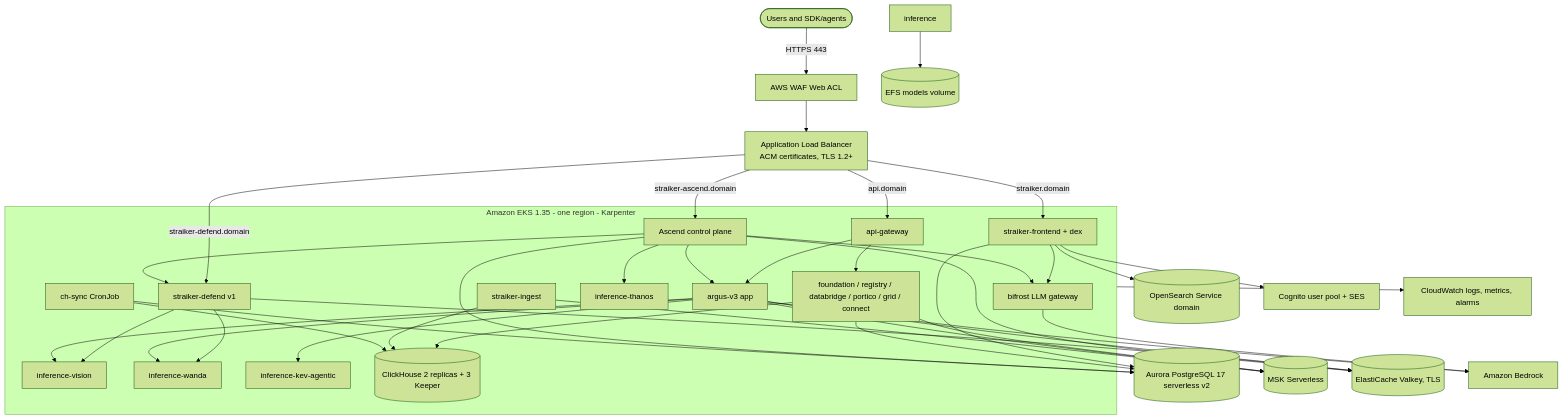
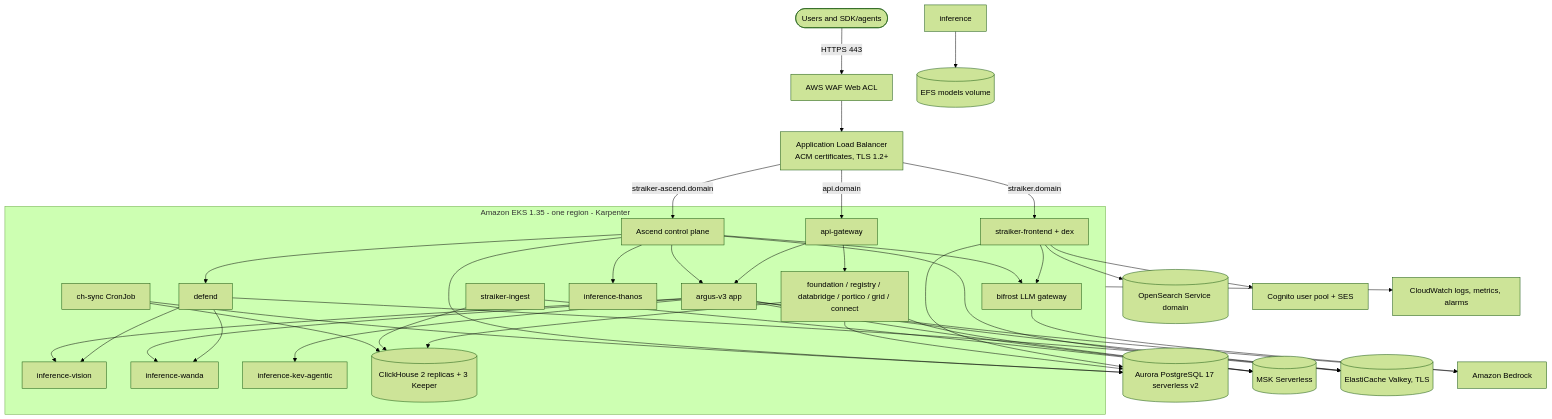
One commit to straiker-ai/onprem-installer changed the first of 2 diagrams in doc/architecture.md. Above: the diagram before and after it, drawn with Mermaid (forest theme). The commit also changed other lines of this file and 37 other files, not shown here.

````diff
--- a/doc/architecture.md
+++ b/doc/architecture.md
@@ -19,44 +19,43 @@
 ```mermaid
 flowchart TB
   user([Users and SDK/agents]) -->|HTTPS 443| waf[AWS WAF Web ACL]
   waf --> alb[Application Load Balancer<br/>ACM certificates, TLS 1.2+]
   alb -->|straiker.domain| fe[straiker-frontend + dex]
-  alb -->|straiker-defend.domain| defend[straiker-defend v1]
   alb -->|straiker-ascend.domain| ascend[Ascend control plane]
   alb -->|api.domain| gw[api-gateway]
 
   subgraph eks[Amazon EKS 1.35 - one region - Karpenter]
     fe --> bifrost[bifrost LLM gateway]
     gw --> argus3[argus-v3 app]
     gw --> plat[foundation / registry / databridge / portico / grid / connect]
     defend --> vision[inference-vision]
     defend --> wanda[inference-wanda]
     argus3 --> vision
     argus3 --> wanda
     argus3 --> kevag[inference-kev-agentic]
     ascend --> thanos[inference-thanos]
     ascend --> defend
     ascend --> argus3
     ascend --> bifrost
     plat --> ch[(ClickHouse 2 replicas + 3 Keeper)]
     ingest[straiker-ingest] --> ch
     chsync[ch-sync CronJob] --> ch
   end
 
   fe --> aurora[(Aurora PostgreSQL 17 serverless v2)]
   plat --> aurora
   ascend --> aurora
   chsync --> aurora
   plat --> msk[(MSK Serverless)]
   argus3 --> msk
   ingest --> msk
   argus3 --> redis[(ElastiCache Valkey, TLS)]
   defend --> redis
   ascend --> redis
   fe --> os[(OpenSearch Service domain)]
   inference --> efs[(EFS models volume)]
   bifrost --> bedrock[Amazon Bedrock]
   argus3 --> bedrock
   fe --> cognito[Cognito user pool + SES]
   eks --> cw[CloudWatch logs, metrics, alarms]
 ```
````
